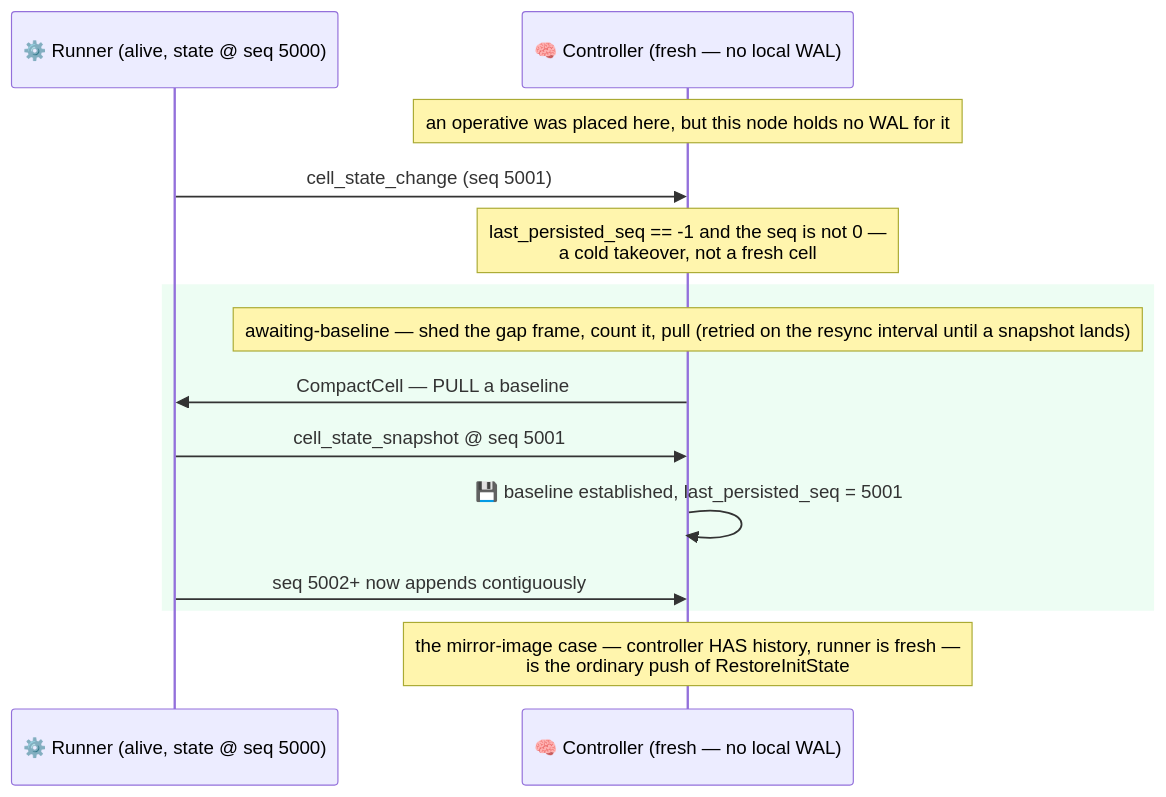
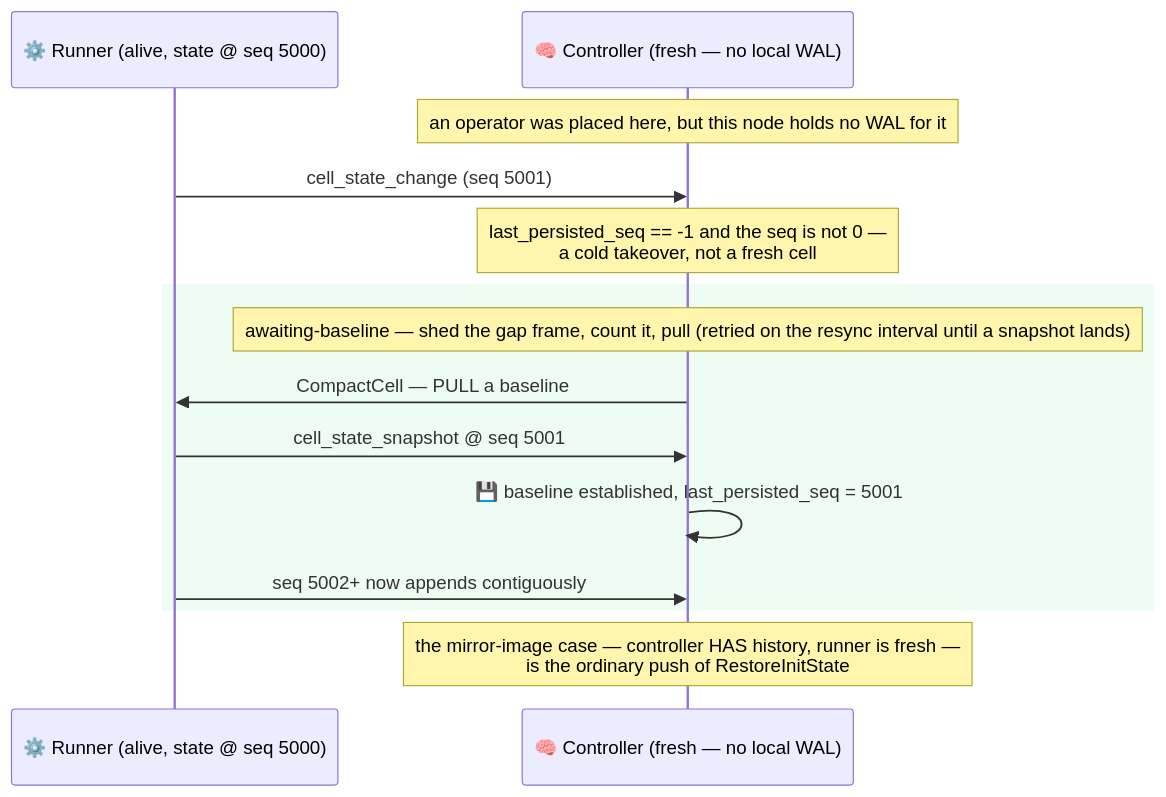
One commit to Flezha/flezha changed the fifth of 17 diagrams in docs/architecture/kernel.md. Above: the diagram before and after it, drawn with Mermaid. The commit also changed other lines of this file and 929 other files, not shown here.

First line of the commit message:
Rename Operative to Operator, and its kinds to unbounded and bounded

````diff
--- a/docs/architecture/kernel.md
+++ b/docs/architecture/kernel.md
@@ -245,19 +245,19 @@
 ```mermaid
 sequenceDiagram
     participant EX as ⚙️ Runner (alive, state @ seq 5000)
     participant CTRL as 🧠 Controller (fresh — no local WAL)
 
-    Note over CTRL: an operative was placed here, but this node holds no WAL for it
+    Note over CTRL: an operator was placed here, but this node holds no WAL for it
     EX->>CTRL: cell_state_change (seq 5001)
     Note over CTRL: last_persisted_seq == -1 and the seq is not 0 —<br/>a cold takeover, not a fresh cell
 
     rect rgba(220,252,231,0.5)
         Note over CTRL: awaiting-baseline — shed the gap frame, count it, pull (retried on the resync interval until a snapshot lands)
         CTRL->>EX: CompactCell — PULL a baseline
         EX->>CTRL: cell_state_snapshot @ seq 5001
         CTRL->>CTRL: 💾 baseline established, last_persisted_seq = 5001
         EX->>CTRL: seq 5002+ now appends contiguously
     end
 
     Note over CTRL: the mirror-image case — controller HAS history, runner is fresh —<br/>is the ordinary push of RestoreInitState
 ```
````
